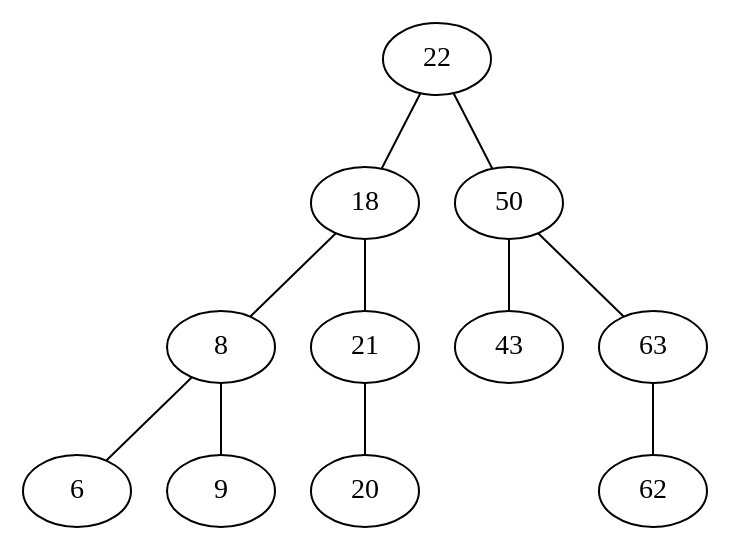
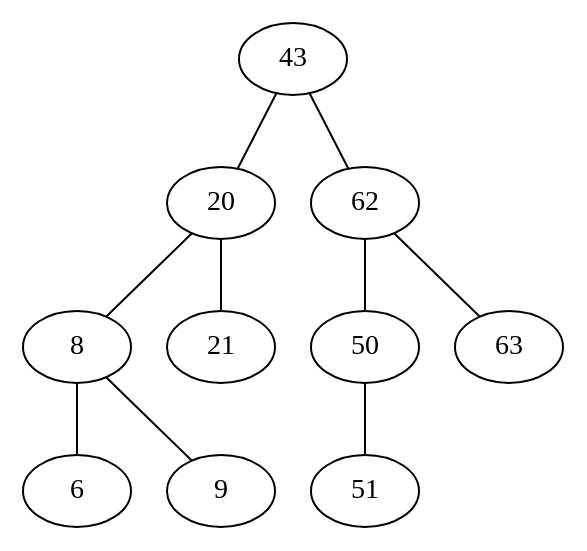
Before and after one commit to hAriasm/Practica2_ayde: the diagram in graph/avltree.dot, drawn with Graphviz. The commit also changed 3 other files, not shown here.

```diff
--- a/graph/avltree.dot
+++ b/graph/avltree.dot
@@ -1,13 +1,11 @@
 graph AVLTree {
-
-  22 -- 18;
-  18 -- 8;
+  43 -- 20;
+  20 -- 8;
   8 -- 6;
   8 -- 9;
-  18 -- 21;
-  21 -- 20;
-  22 -- 50;
-  50 -- 43;
-  50 -- 63;
-  63 -- 62;
+  20 -- 21;
+  43 -- 62;
+  62 -- 50;
+  50 -- 51;
+  62 -- 63;
 }
```
